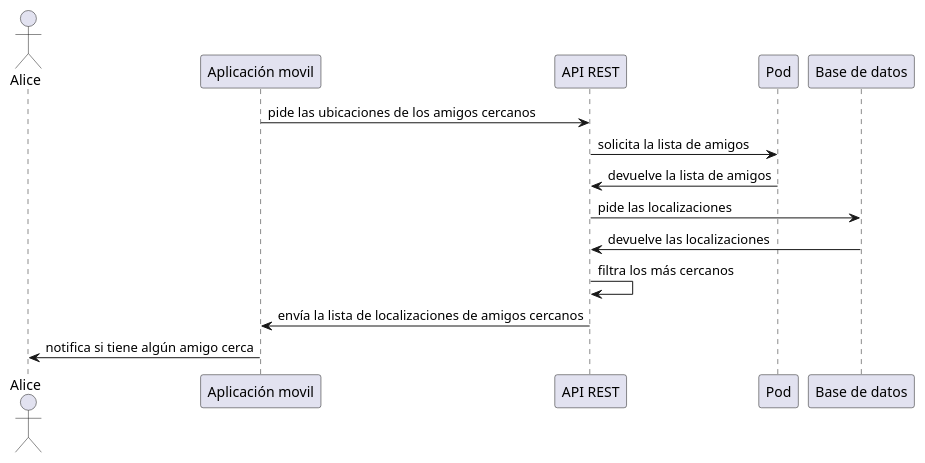
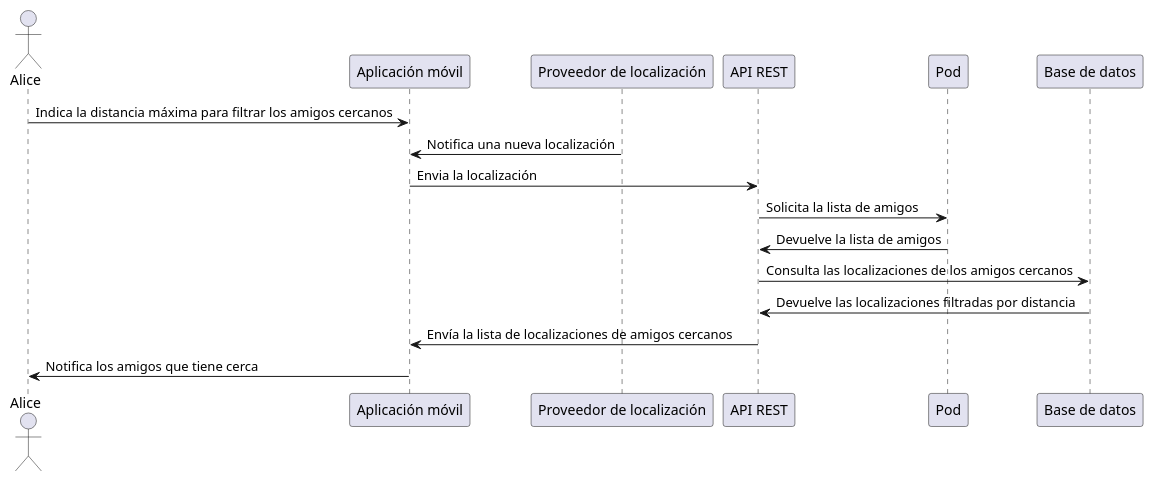
One commit to Arquisoft/radarin_es4b changed the third of 4 diagrams in webapp/docs/06_runtime_view.adoc. Above: the diagram before and after it, drawn with PlantUML. The commit also changed other lines of this file and 9 other files, not shown here.

```diff
--- a/webapp/docs/06_runtime_view.adoc
+++ b/webapp/docs/06_runtime_view.adoc
@@ -24,16 +51,18 @@
 [plantuml,"Ver localización de amigos cercanos",png]
 ----
 actor Alice
-participant  "Aplicación movil"
+participant "Aplicación móvil"
+participant "Proveedor de localización"
 participant "API REST"
 participant "Pod"
 participant "Base de datos"
-"Aplicación movil" -> "API REST": pide las ubicaciones de los amigos cercanos
-"API REST" -> "Pod": solicita la lista de amigos
-"Pod" -> "API REST": devuelve la lista de amigos
-"API REST" -> "Base de datos": pide las localizaciones
-"Base de datos" -> "API REST": devuelve las localizaciones
-"API REST" -> "API REST": filtra los más cercanos
-"API REST" -> "Aplicación movil": envía la lista de localizaciones de amigos cercanos
-"Aplicación movil" -> "Alice": notifica si tiene algún amigo cerca
+Alice -> "Aplicación móvil": Indica la distancia máxima para filtrar los amigos cercanos
+"Proveedor de localización" -> "Aplicación móvil": Notifica una nueva localización
+"Aplicación móvil" -> "API REST": Envia la localización
+"API REST" -> "Pod": Solicita la lista de amigos
+"Pod" -> "API REST": Devuelve la lista de amigos
+"API REST" -> "Base de datos": Consulta las localizaciones de los amigos cercanos
+"Base de datos" -> "API REST": Devuelve las localizaciones filtradas por distancia
+"API REST" -> "Aplicación móvil": Envía la lista de localizaciones de amigos cercanos
+"Aplicación móvil" -> "Alice": Notifica los amigos que tiene cerca
 ----
```
